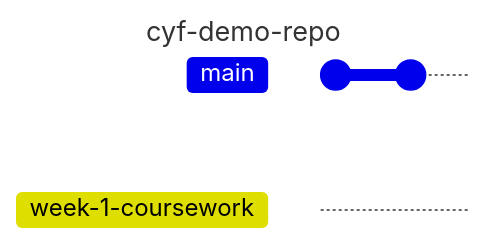
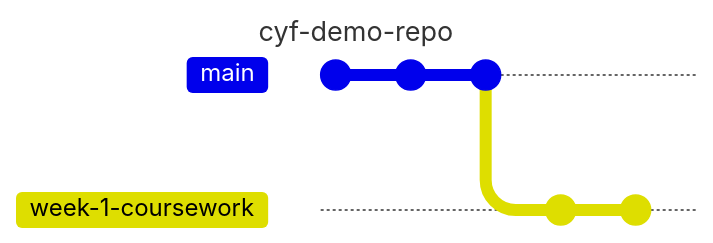
The third of 5 diagrams in git-day-1/README.md (CodeYourFuture/CYF-Workshops), drawn with Mermaid before and after one commit. The commit also changed other lines of this file, not shown here. Commit ids are hidden.

Commit message:
more fixes to mermaid diagrams

````diff
--- a/git-day-1/README.md
+++ b/git-day-1/README.md
@@ -124,9 +124,12 @@
 ```mermaid
 ---
 title: cyf-demo-repo
 ---
 gitGraph
    commit
    commit
+   commit
    branch "week-1-coursework"
+   commit
+   commit
 ```
````
